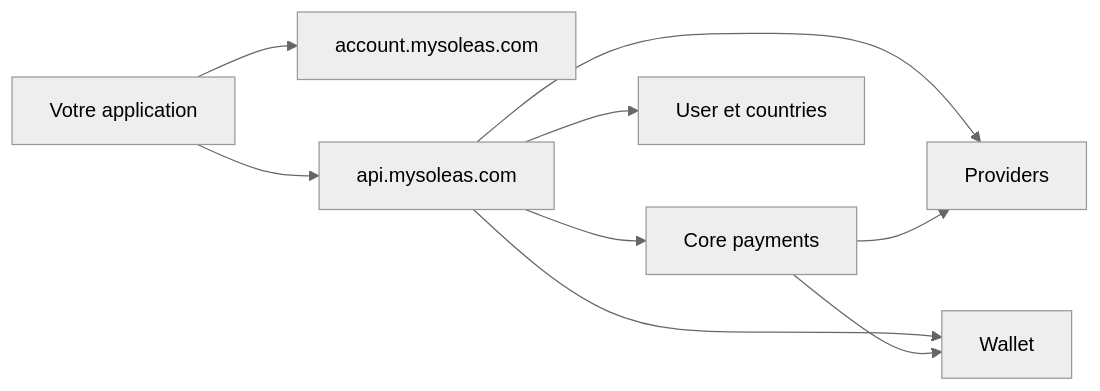
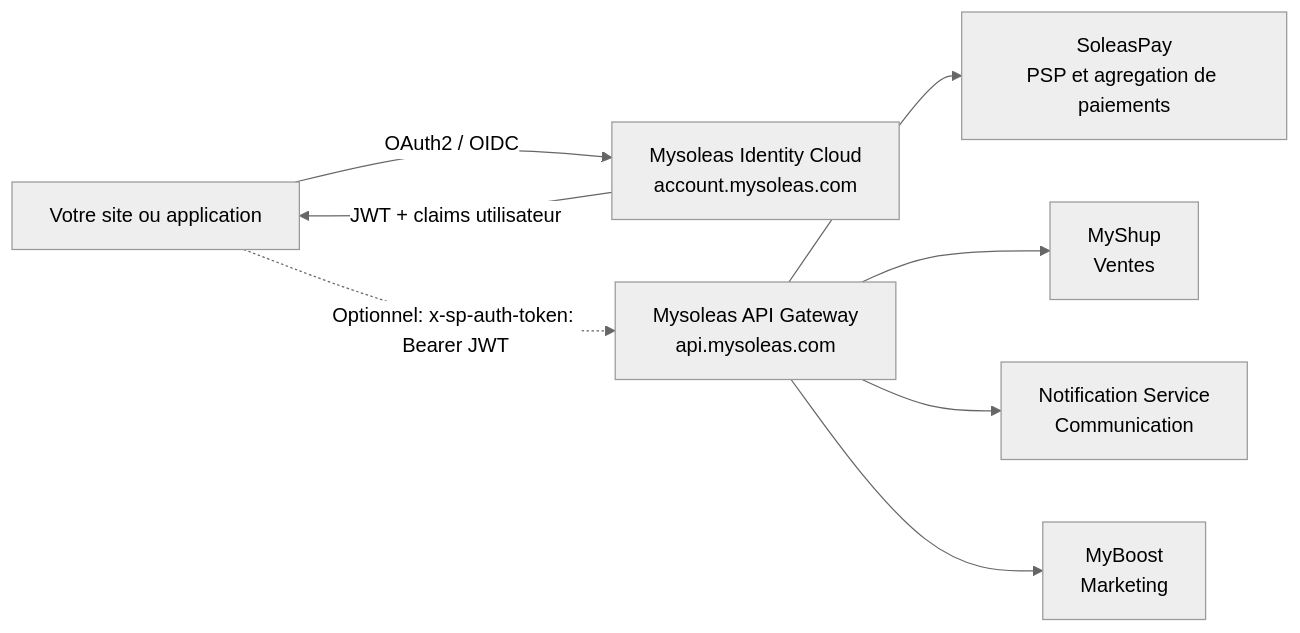
Before and after one commit to MYSOLEAS/documentation: the diagram in api-docs/architecture.mdx, drawn with Mermaid (neutral theme). The commit also changed other lines of this file and 42 other files, not shown here.

````diff
--- a/api-docs/architecture.mdx
+++ b/api-docs/architecture.mdx
@@ -8,11 +10,18 @@
 ```mermaid
 flowchart LR
-  App["Votre application"] --> Auth["account.mysoleas.com"]
-  App --> Gateway["api.mysoleas.com"]
-  Gateway --> Core["Core payments"]
-  Gateway --> User["User et countries"]
-  Gateway --> Provider["Providers"]
-  Gateway --> Wallet["Wallet"]
-  Core --> Provider
-  Core --> Wallet
+  App["Votre site ou application"]
+  Auth["Mysoleas Identity Cloud<br/>account.mysoleas.com"]
+  Gateway["Mysoleas API Gateway<br/>api.mysoleas.com"]
+  Pay["SoleasPay<br/>PSP et agregation de paiements"]
+  Shup["MyShup<br/>Ventes"]
+  Notify["Notification Service<br/>Communication"]
+  Boost["MyBoost<br/>Marketing"]
+
+  App -->|"OAuth2 / OIDC"| Auth
+  Auth -->|"JWT + claims utilisateur"| App
+  App -.->|"Optionnel: x-sp-auth-token: Bearer JWT"| Gateway
+  Gateway --> Pay
+  Gateway --> Shup
+  Gateway --> Notify
+  Gateway --> Boost
 ```
````
